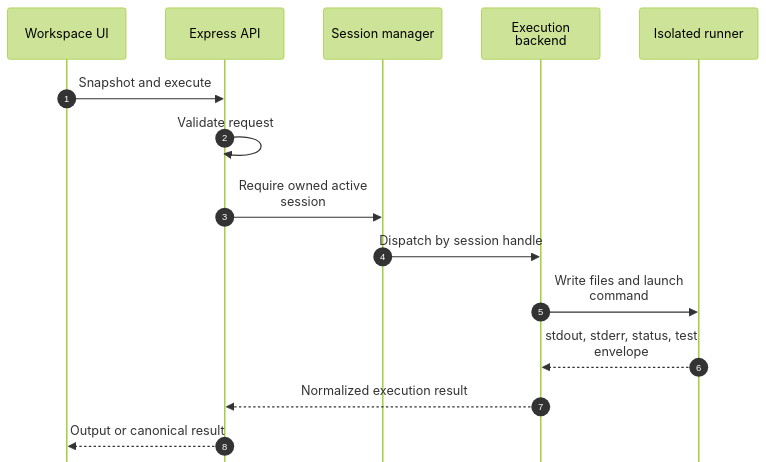
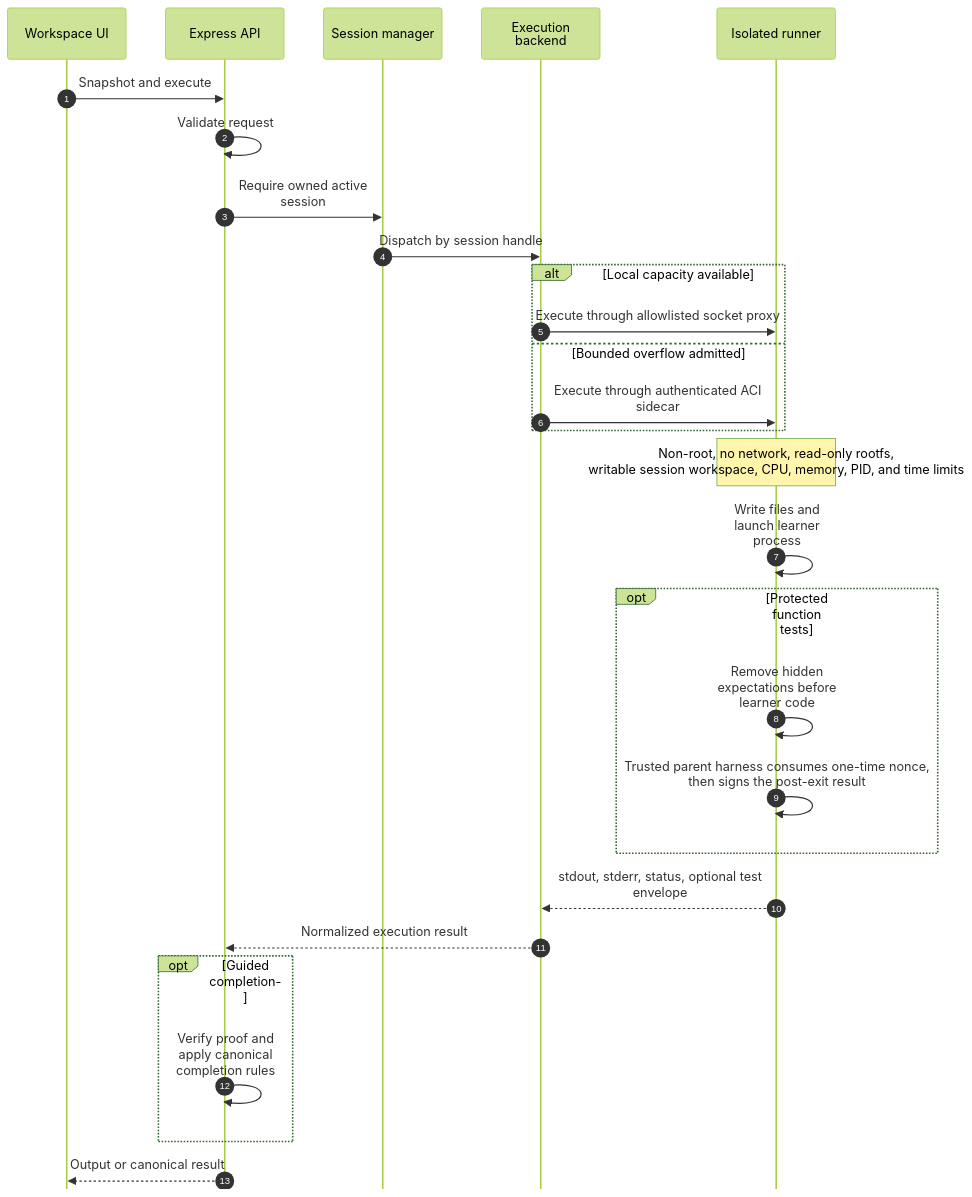
One commit to msrivas-7/CodeTutor-AI changed the fifth of 7 diagrams in docs/ARCHITECTURE.md. Above: the diagram before and after it, drawn with Mermaid (forest theme). The commit also changed other lines of this file, not shown here.

Commit message:
docs: refresh architecture diagram views (#44)

````diff
--- a/docs/ARCHITECTURE.md
+++ b/docs/ARCHITECTURE.md
@@ -257,21 +274,38 @@
 ```mermaid
 %%{init: {"sequence":{"mirrorActors":false,"useMaxWidth":true,"wrap":true}}}%%
 sequenceDiagram
   accTitle: Isolated code execution request
   accDescr: Shows a workspace request crossing the API and session manager into an isolated runner before normalized results return.
   autonumber
   participant W as Workspace UI
   participant B as Express API
   participant S as Session manager
   participant E as Execution backend
   participant R as Isolated runner
 
   W->>B: Snapshot and execute
   B->>B: Validate request
   B->>S: Require owned active session
   S->>E: Dispatch by session handle
-  E->>R: Write files and launch command
-  R-->>E: stdout, stderr, status, test envelope
+
+  alt Local capacity available
+    E->>R: Execute through allowlisted socket proxy
+  else Bounded overflow admitted
+    E->>R: Execute through authenticated ACI sidecar
+  end
+
+  Note over R: Non-root, no network, read-only rootfs,<br/>writable session workspace, CPU, memory, PID, and time limits
+  R->>R: Write files and launch learner process
+
+  opt Protected function tests
+    R->>R: Remove hidden expectations before learner code
+    R->>R: Trusted parent harness consumes one-time nonce,<br/>then signs the post-exit result
+  end
+
+  R-->>E: stdout, stderr, status, optional test envelope
   E-->>B: Normalized execution result
+  opt Guided completion
+    B->>B: Verify proof and apply canonical completion rules
+  end
   B-->>W: Output or canonical result
 ```
````
